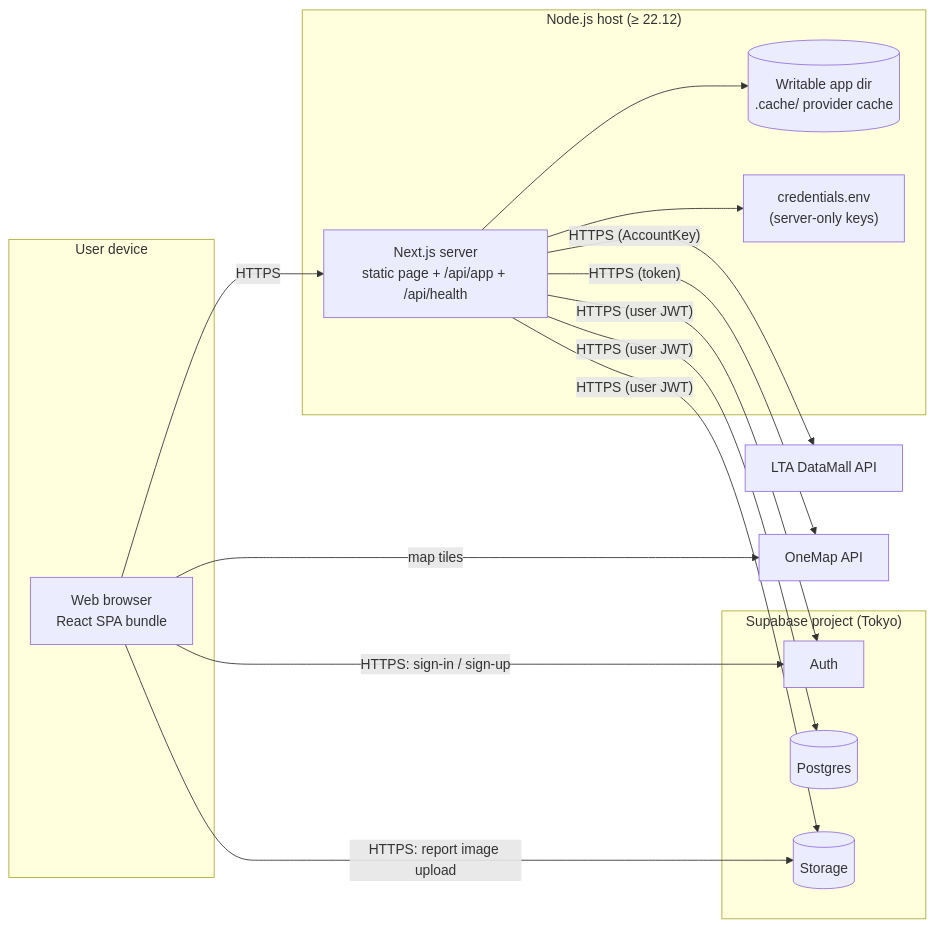
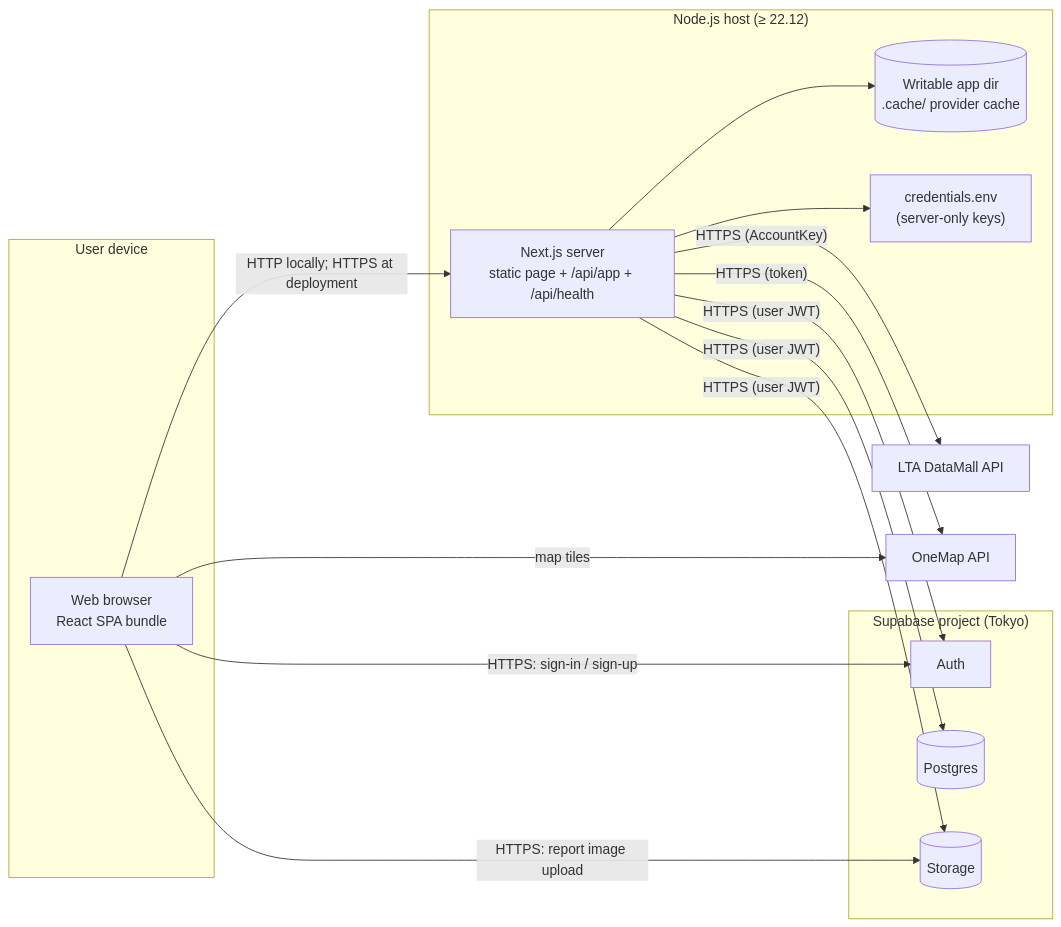
The second of 3 diagrams in Lab 3/systemArchitecture.md (SunnyRaymond/SC2006-SCE3-04), drawn with Mermaid before and after one commit. The commit also changed other lines of this file and 69 other files, not shown here.

````diff
--- a/Lab 3/systemArchitecture.md
+++ b/Lab 3/systemArchitecture.md
@@ -100,28 +68,28 @@
 ```mermaid
 flowchart LR
     subgraph Client["User device"]
         BR["Web browser<br/>React SPA bundle"]
     end
     subgraph Host["Node.js host (≥ 22.12)"]
         NX["Next.js server<br/>static page + /api/app + /api/health"]
         FS[("Writable app dir<br/>.cache/ provider cache")]
         ENV["credentials.env<br/>(server-only keys)"]
     end
     subgraph Cloud["Supabase project (Tokyo)"]
         SA["Auth"]
         SP[("Postgres")]
         SS[("Storage")]
     end
     LTA["LTA DataMall API"]
     OM["OneMap API"]
 
-    BR -- "HTTPS" --> NX
+    BR -- "HTTP locally; HTTPS at deployment" --> NX
     BR -- "HTTPS: sign-in / sign-up" --> SA
     BR -- "HTTPS: report image upload" --> SS
     BR -- "map tiles" --> OM
     NX --> FS
     NX --> ENV
     NX -- "HTTPS (user JWT)" --> SA & SP & SS
     NX -- "HTTPS (AccountKey)" --> LTA
     NX -- "HTTPS (token)" --> OM
 ```
````
